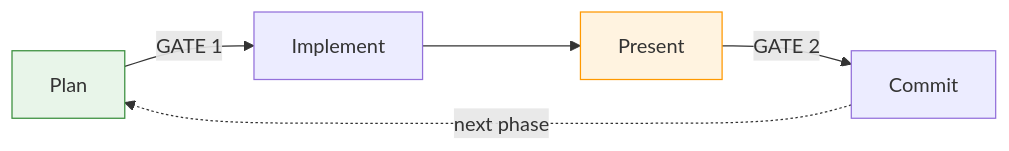
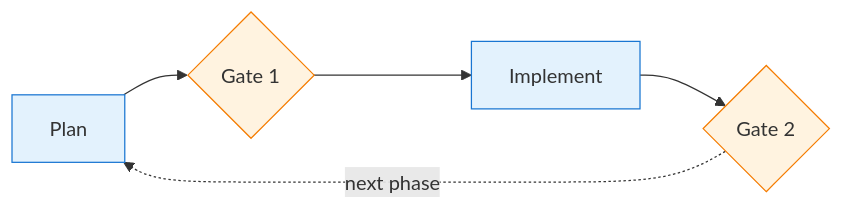
One commit to binaryphile/tandem-protocol changed the first of 2 diagrams in README.md. Above: the diagram before and after it, drawn with Mermaid. The commit also changed other lines of this file, not shown here.

````diff
--- a/README.md
+++ b/README.md
@@ -79,10 +45,12 @@
 ```mermaid
 flowchart LR
-    S1[Plan] -->|"GATE 1"| S2[Implement]
-    S2 --> S3[Present]
-    S3 -->|"GATE 2"| S4[Commit]
-    S4 -.->|"next phase"| S1
+    S1[Plan] --> G1{Gate 1}
+    G1 --> S2[Implement]
+    S2 --> G2{Gate 2}
+    G2 -.->|"next phase"| S1
 
-    style S1 fill:#e8f5e9,stroke:#388e3c
-    style S3 fill:#fff3e0,stroke:#ff9800
+    style S1 fill:#e3f2fd,stroke:#1976d2
+    style S2 fill:#e3f2fd,stroke:#1976d2
+    style G1 fill:#fff3e0,stroke:#f57c00
+    style G2 fill:#fff3e0,stroke:#f57c00
 ```
````
